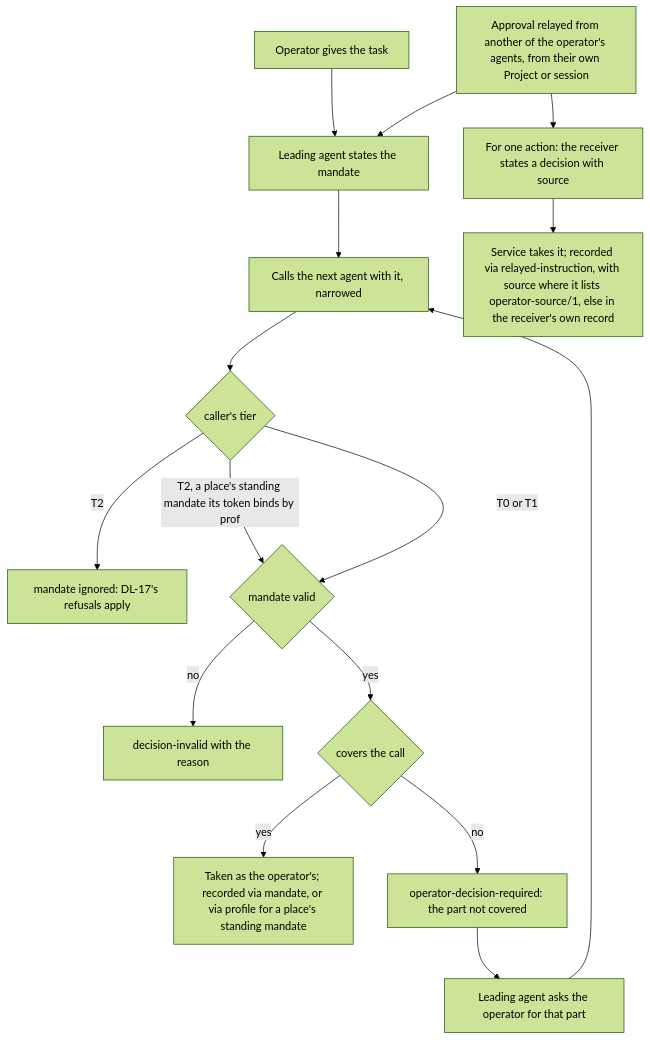
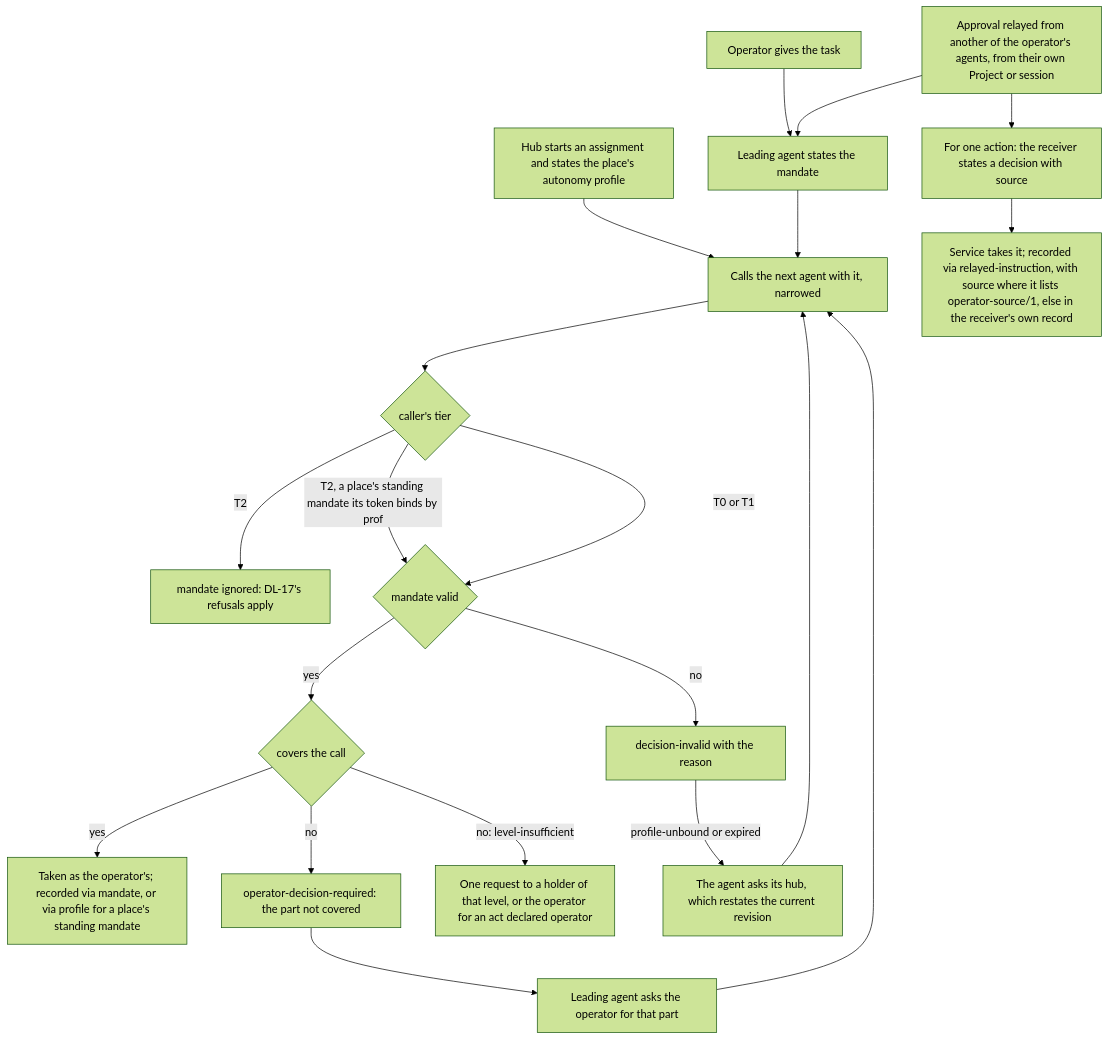
Before and after one commit to passioncode-ai/fabric-agent-contract: diagram 31 of 34 in docs/ux/flows.md, drawn with Mermaid (forest theme). The commit also changed other lines of this file and 18 other files, not shown here.

Commit message:
DEC-0166 round 6 folded: the digest leaves out source; estateCapabilities for the headless default; no profile reaches a rule proposal's approval; admin for other proposals; FLW-31's hub routes; context of a standing mandate

````diff
--- a/docs/ux/flows.md
+++ b/docs/ux/flows.md
@@ -818,18 +818,22 @@
 ```mermaid
 flowchart TD
   O[Operator gives the task] --> L[Leading agent states the mandate]
+  H[Hub starts an assignment and states the place's autonomy profile] --> C
   R[Approval relayed from another of the operator's agents, from their own Project or session] --> L
   R --> D[For one action: the receiver states a decision with source]
   D --> S[Service takes it; recorded via relayed-instruction, with source where it lists operator-source/1, else in the receiver's own record]
   L --> C[Calls the next agent with it, narrowed]
   C --> T{caller's tier}
   T -->|T2| X[mandate ignored: DL-17's refusals apply]
   T -->|T2, a place's standing mandate its token binds by prof| V
   T -->|T0 or T1| V{mandate valid}
   V -->|no| I[decision-invalid with the reason]
   V -->|yes| K{covers the call}
   K -->|yes| A[Taken as the operator's; recorded via mandate, or via profile for a place's standing mandate]
   K -->|no| Q[operator-decision-required: the part not covered]
   Q --> P[Leading agent asks the operator for that part]
   P --> C
+  K -->|no: level-insufficient| LH[One request to a holder of that level, or the operator for an act declared operator]
+  I -->|profile-unbound or expired| HR[The agent asks its hub, which restates the current revision]
+  HR --> C
 ```
````
